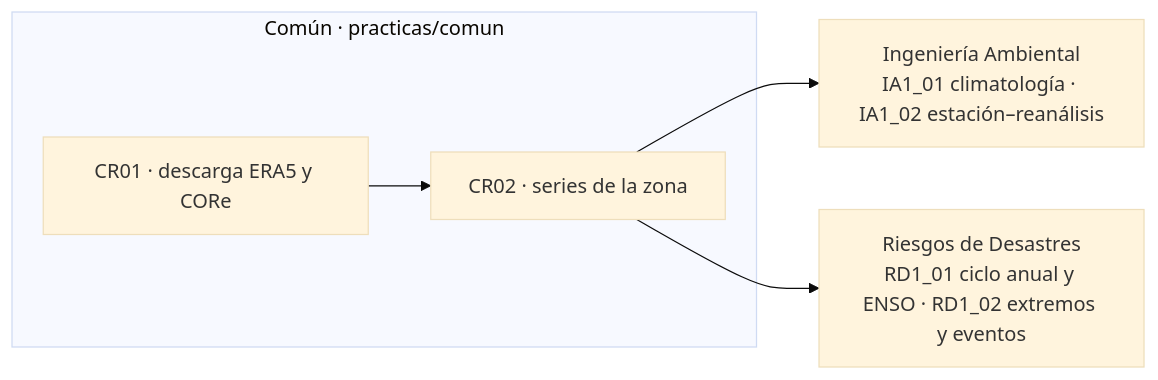
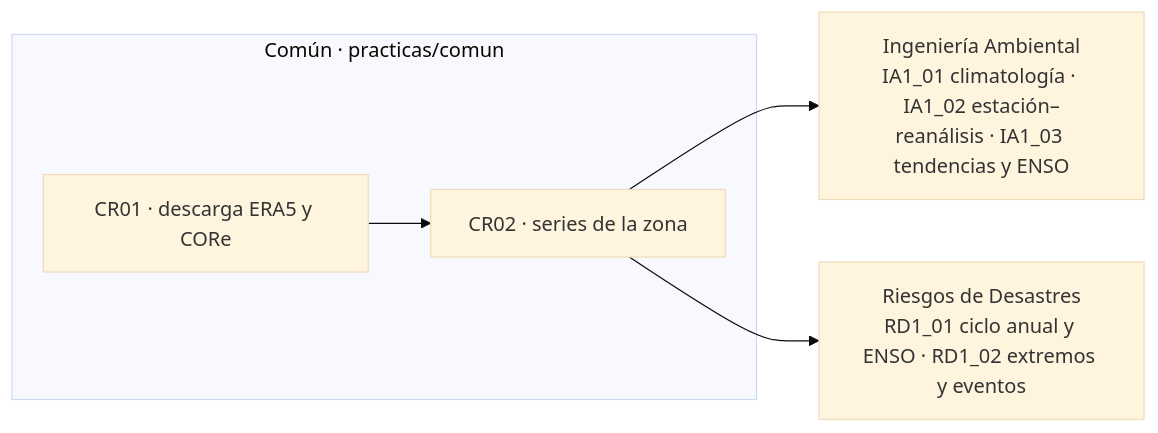
Before and after one commit to crispaliz/cambio-climatico-espam: the diagram in practicas/README.md, drawn with Mermaid (base theme). The commit also changed other lines of this file and 18 other files, not shown here.

````diff
--- a/practicas/README.md
+++ b/practicas/README.md
@@ -15,8 +16,8 @@
 ```mermaid
 flowchart LR
   subgraph C["Común · practicas/comun"]
     CR01["CR01 · descarga ERA5 y CORe"] --> CR02["CR02 · series de la zona"]
   end
-  CR02 --> IA["Ingeniería Ambiental<br/>IA1_01 climatología · IA1_02 estación–reanálisis"]
+  CR02 --> IA["Ingeniería Ambiental<br/>IA1_01 climatología · IA1_02 estación–reanálisis · IA1_03 tendencias y ENSO"]
   CR02 --> RD["Riesgos de Desastres<br/>RD1_01 ciclo anual y ENSO · RD1_02 extremos y eventos"]
 ```
````
